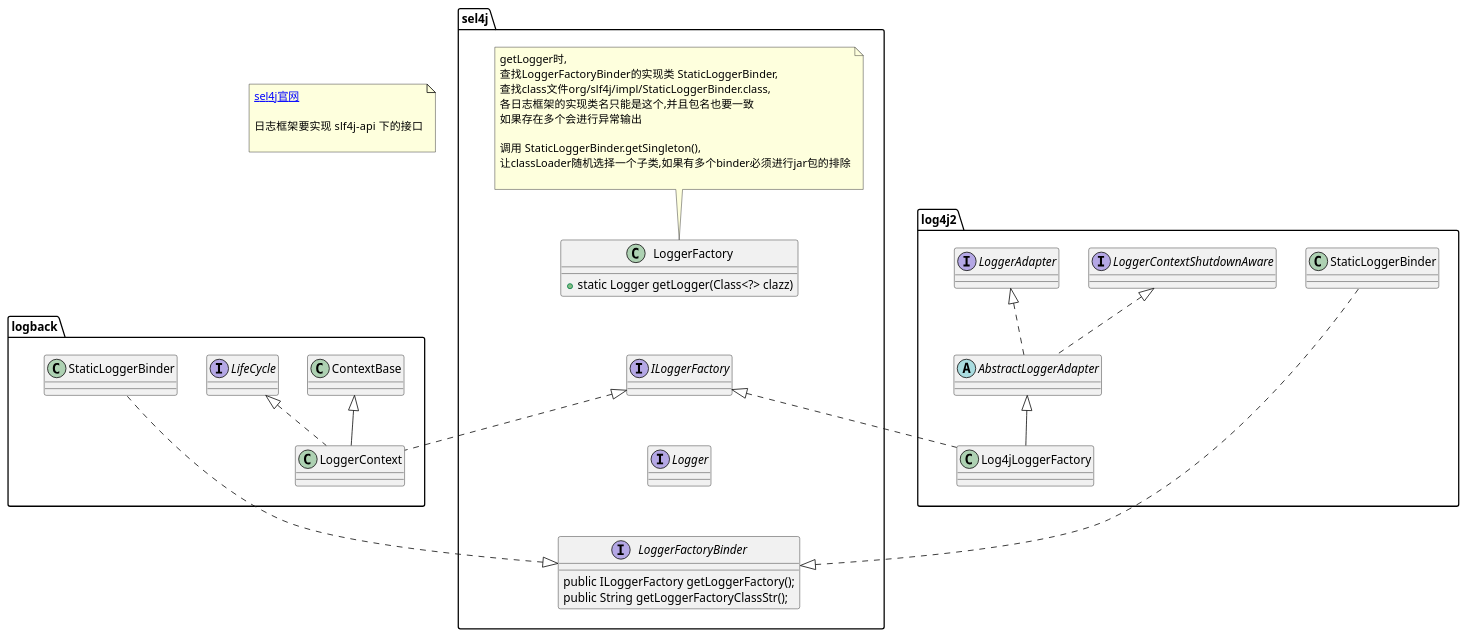
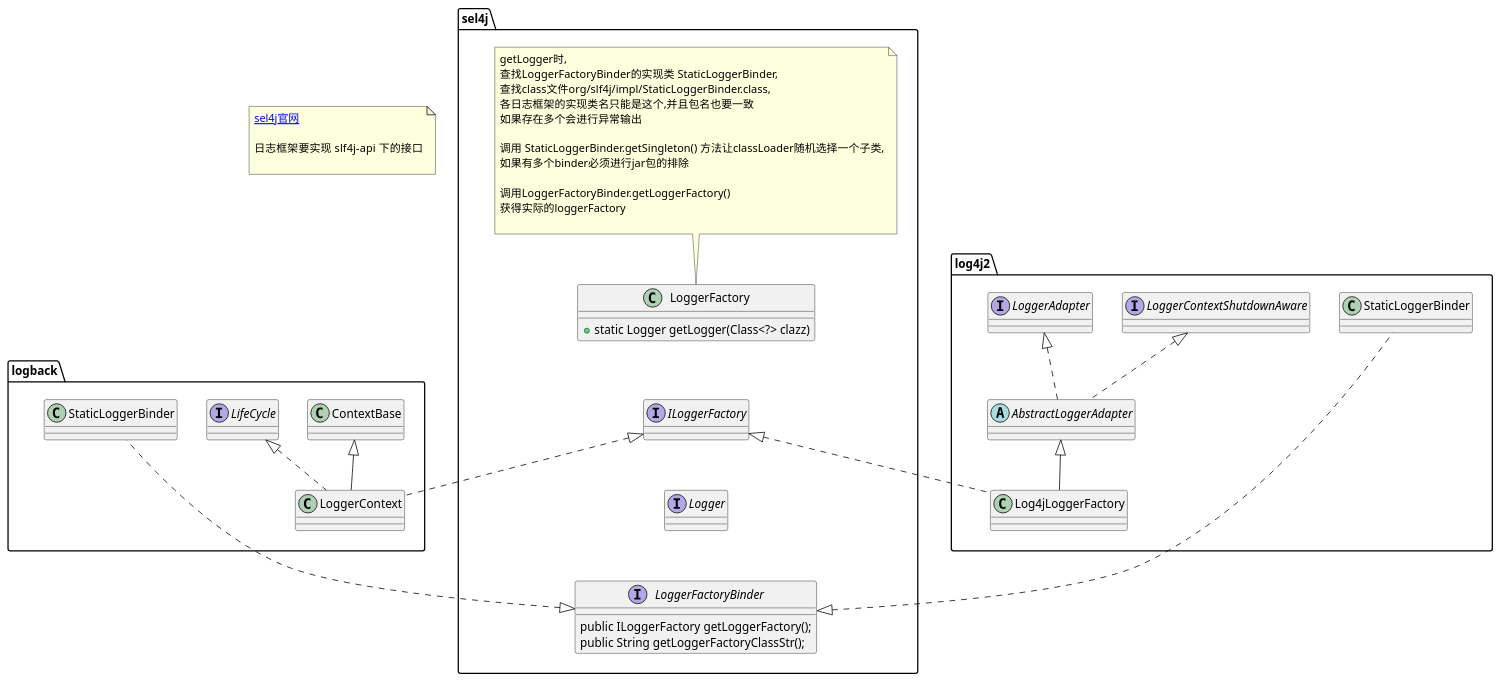
The diagram in uml/src/main/java/sel4j.puml (FHJ2020/spring-uml), drawn with PlantUML before and after one commit. The commit also changed 8 other files, not shown here.

```diff
--- a/uml/src/main/java/sel4j.puml
+++ b/uml/src/main/java/sel4j.puml
@@ -1,59 +1,62 @@
 @startuml
 'https://plantuml.com/class-diagram
 
 note as n1
 [[https://www.slf4j.org/manual.html sel4j官网]]
 
 日志框架要实现  slf4j-api 下的接口
 
 end note
 namespace sel4j {
 
 
     class LoggerFactory {
         + static Logger getLogger(Class<?> clazz)
     }
     note top of LoggerFactory
     getLogger时,
     查找LoggerFactoryBinder的实现类 StaticLoggerBinder,
     查找class文件org/slf4j/impl/StaticLoggerBinder.class,
     各日志框架的实现类名只能是这个,并且包名也要一致
     如果存在多个会进行异常输出
 
-    调用 StaticLoggerBinder.getSingleton(),
-    让classLoader随机选择一个子类,如果有多个binder必须进行jar包的排除
+    调用 StaticLoggerBinder.getSingleton() 方法让classLoader随机选择一个子类,
+    如果有多个binder必须进行jar包的排除
+
+    调用LoggerFactoryBinder.getLoggerFactory()
+    获得实际的loggerFactory
 
     end note
 
     interface Logger
 
     interface ILoggerFactory {
     }
     interface LoggerFactoryBinder {
         public ILoggerFactory getLoggerFactory();
         public String getLoggerFactoryClassStr();
     }
 
     LoggerFactory -d[hidden]- ILoggerFactory
     ILoggerFactory -d[hidden]- Logger
     Logger -d[hidden]- LoggerFactoryBinder
 
 }
 log4j2 -[hidden]- sel4j
 sel4j -u[hidden]- logback
 
 namespace log4j2 {
     interface LoggerContextShutdownAware
     interface LoggerAdapter
     abstract class AbstractLoggerAdapter implements LoggerAdapter, LoggerContextShutdownAware
     class StaticLoggerBinder implements sel4j.LoggerFactoryBinder
     class Log4jLoggerFactory extends AbstractLoggerAdapter implements sel4j.ILoggerFactory
 }
 
 namespace logback {
     class LoggerContext extends ContextBase implements sel4j.ILoggerFactory, LifeCycle
     class StaticLoggerBinder implements sel4j.LoggerFactoryBinder
 }
 
 
 @enduml
```
